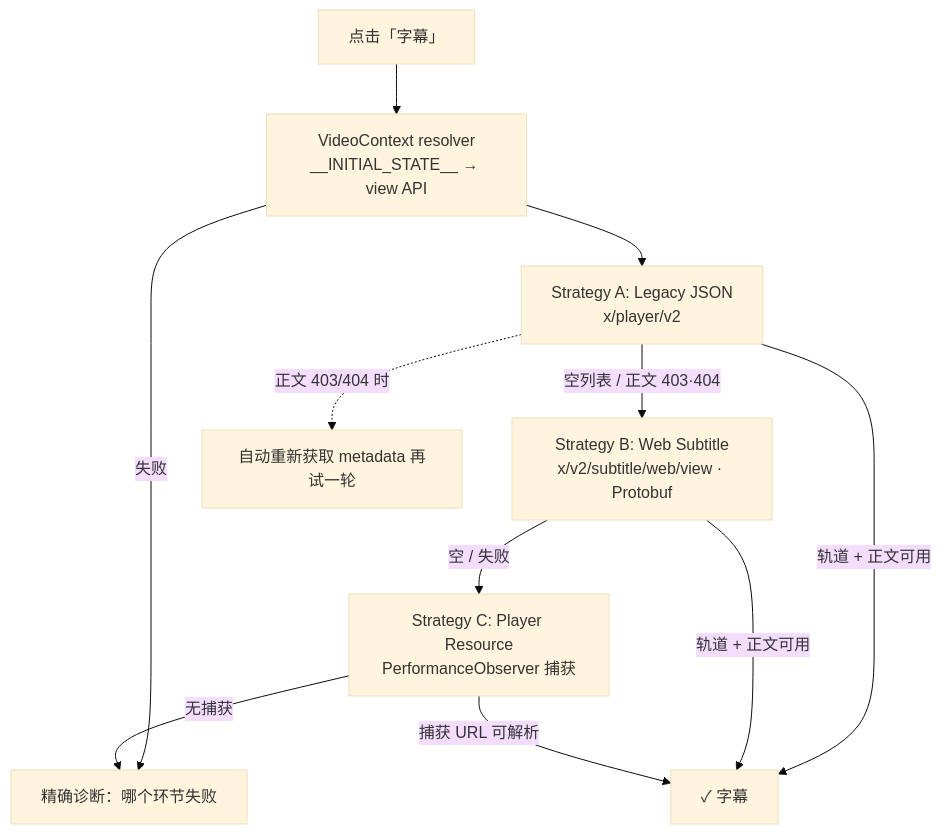
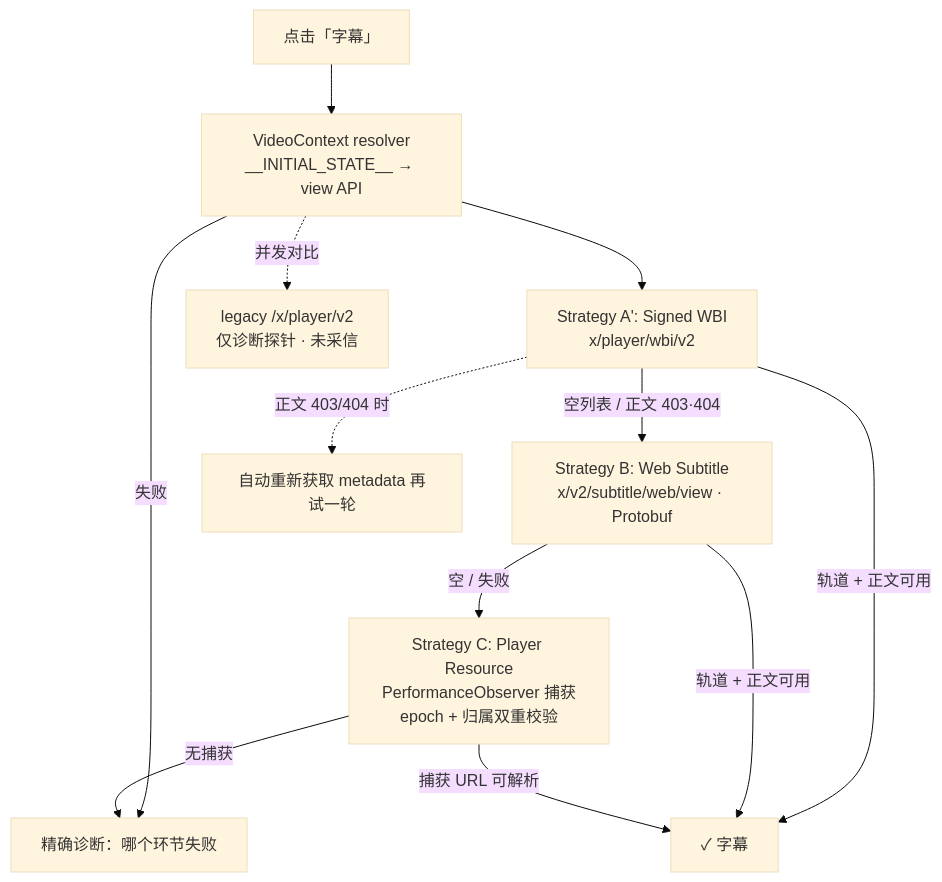
Before and after one commit to ymt200120/bili-subtitle: the diagram in README.md, drawn with Mermaid (base theme). The commit also changed other lines of this file and 21 other files, not shown here.

Commit message:
v1.0.2: resolver trust model - signed WBI primary, unsigned legacy demoted to diagnostic probe; contextKey binding + runId diagnostics

````diff
--- a/README.md
+++ b/README.md
@@ -45,13 +46,15 @@
 ```mermaid
 flowchart TD
     A[点击「字幕」] --> B[VideoContext resolver<br/>__INITIAL_STATE__ → view API]
     B -->|失败| Z[精确诊断：哪个环节失败]
-    B --> C[Strategy A: Legacy JSON<br/>x/player/v2]
-    C -->|轨道 + 正文可用| OK[✓ 字幕]
-    C -->|空列表 / 正文 403·404| D[Strategy B: Web Subtitle<br/>x/v2/subtitle/web/view · Protobuf]
+    B --> A1[Strategy A': Signed WBI<br/>x/player/wbi/v2]
+    A1 -->|轨道 + 正文可用| OK[✓ 字幕]
+    A1 -->|空列表 / 正文 403·404| D[Strategy B: Web Subtitle<br/>x/v2/subtitle/web/view · Protobuf]
     D -->|轨道 + 正文可用| OK
-    D -->|空 / 失败| E[Strategy C: Player Resource<br/>PerformanceObserver 捕获]
+    D -->|空 / 失败| E[Strategy C: Player Resource<br/>PerformanceObserver 捕获<br/>epoch + 归属双重校验]
     E -->|捕获 URL 可解析| OK
     E -->|无捕获| Z
-    C -.正文 403/404 时.-> C2[自动重新获取 metadata 再试一轮]
+    A1 -.正文 403/404 时.-> A2[自动重新获取 metadata 再试一轮]
+    L[legacy /x/player/v2<br/>仅诊断探针 · 未采信]
+    B -.并发对比.-> L
 ```
````
